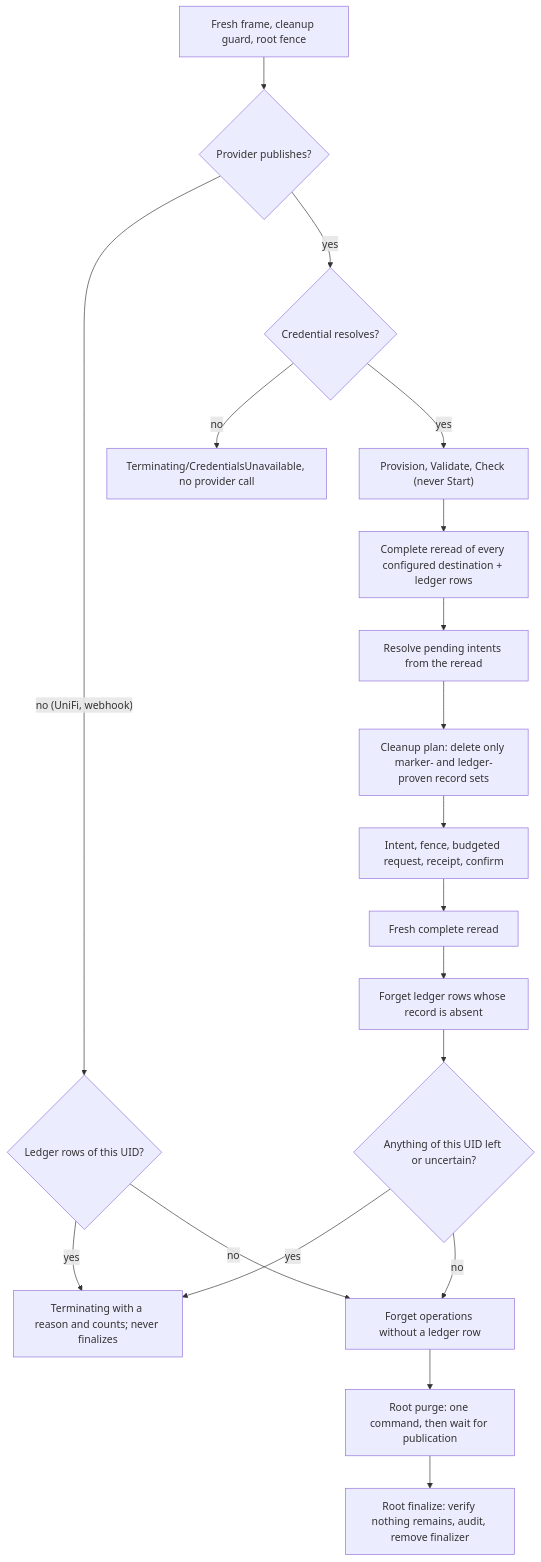
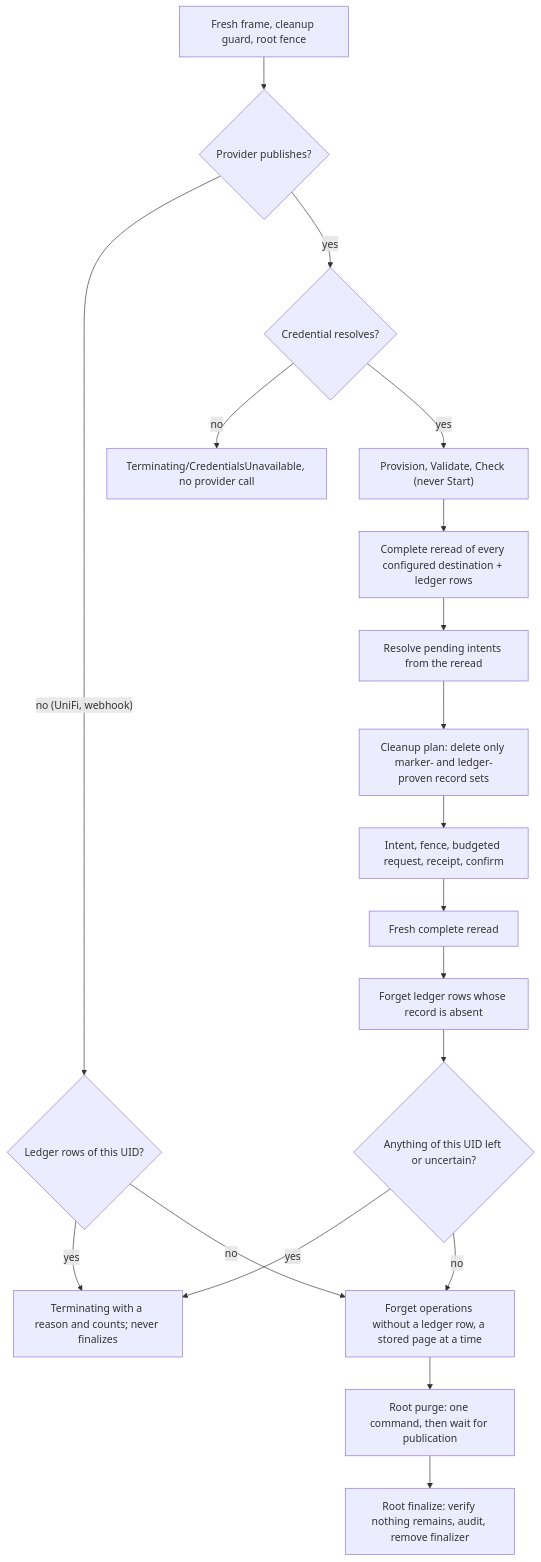
The fifth of 10 diagrams in docs/architecture/integrations.md (robertherbaugh/kudurru), drawn with Mermaid before and after one commit. The commit also changed other lines of this file and 1 other file, not shown here.

````diff
--- a/docs/architecture/integrations.md
+++ b/docs/architecture/integrations.md
@@ -300,21 +306,21 @@
 ```mermaid
 flowchart TD
     Frame["Fresh frame, cleanup guard, root fence"] --> Kind{"Provider publishes?"}
     Kind -- "no (UniFi, webhook)" --> Rows{"Ledger rows of this UID?"}
     Kind -- yes --> Credential{"Credential resolves?"}
     Credential -- no --> PausedC["Terminating/CredentialsUnavailable, no provider call"]
     Credential -- yes --> Provision["Provision, Validate, Check (never Start)"]
     Provision --> Read["Complete reread of every configured destination + ledger rows"]
     Read --> Recover["Resolve pending intents from the reread"]
     Recover --> Plan["Cleanup plan: delete only marker- and ledger-proven record sets"]
     Plan --> Apply["Intent, fence, budgeted request, receipt, confirm"]
     Apply --> Reread["Fresh complete reread"]
     Reread --> Forget["Forget ledger rows whose record is absent"]
     Forget --> Clean{"Anything of this UID left or uncertain?"}
     Rows -- yes --> Blocked
     Clean -- yes --> Blocked["Terminating with a reason and counts; never finalizes"]
-    Clean -- no --> Leftovers["Forget operations without a ledger row"]
+    Clean -- no --> Leftovers["Forget operations without a ledger row, a stored page at a time"]
     Rows -- no --> Leftovers
     Leftovers --> Purge["Root purge: one command, then wait for publication"]
     Purge --> Finalize["Root finalize: verify nothing remains, audit, remove finalizer"]
 ```
````
